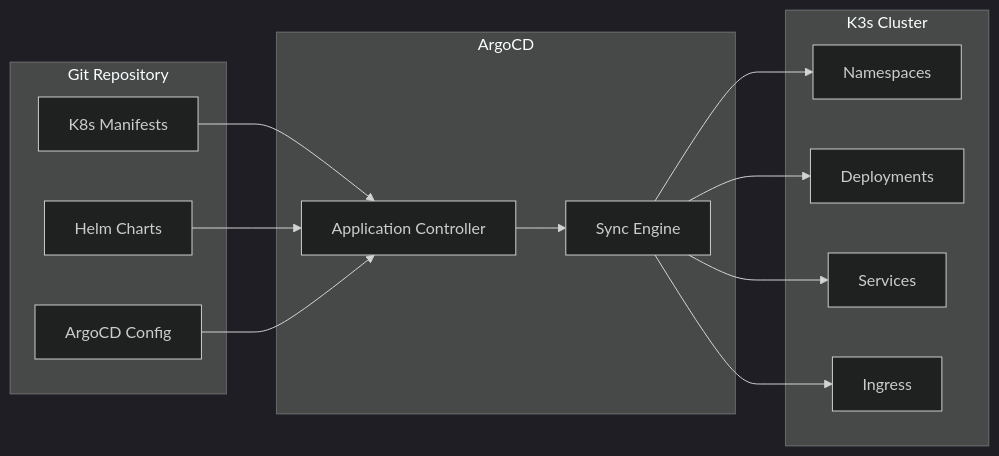
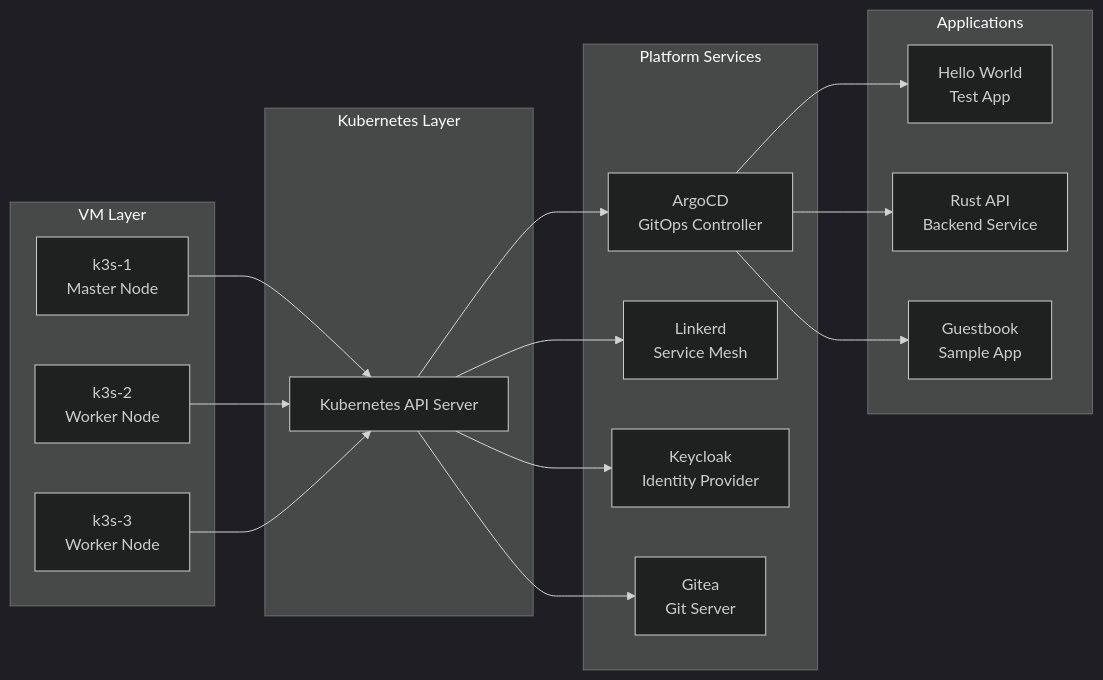
Before and after one commit to Celine-Coralie-Eni/k3s-lab: the second of 6 diagrams in docs/architecture.md, drawn with Mermaid (dark theme). The commit also changed other lines of this file and 6 other files, not shown here.

````diff
--- a/docs/architecture.md
+++ b/docs/architecture.md
@@ -102,29 +34,27 @@
 ```mermaid
 graph LR
-    subgraph "Git Repository"
-        MANIFESTS[K8s Manifests]
-        HELM[Helm Charts]
-        ARGO[ArgoCD Config]
+    subgraph "VM Layer"
+        VM1[k3s-1<br/>Master Node]
+        VM2[k3s-2<br/>Worker Node]
+        VM3[k3s-3<br/>Worker Node]
     end
     
-    subgraph "ArgoCD"
-        APP[Application Controller]
-        SYNC[Sync Engine]
+    subgraph "Kubernetes Layer"
+        VM1 --> K8S[Kubernetes API Server]
+        VM2 --> K8S
+        VM3 --> K8S
     end
     
-    subgraph "K3s Cluster"
-        NS[Namespaces]
-        DEP[Deployments]
-        SVC[Services]
-        ING[Ingress]
+    subgraph "Platform Services"
+        K8S --> ARGO[ArgoCD<br/>GitOps Controller]
+        K8S --> LINKERD[Linkerd<br/>Service Mesh]
+        K8S --> KEYCLOAK[Keycloak<br/>Identity Provider]
+        K8S --> GITEA[Gitea<br/>Git Server]
     end
     
-    MANIFESTS --> APP
-    HELM --> APP
-    ARGO --> APP
-    APP --> SYNC
-    SYNC --> NS
-    SYNC --> DEP
-    SYNC --> SVC
-    SYNC --> ING
+    subgraph "Applications"
+        ARGO --> APP1[Hello World<br/>Test App]
+        ARGO --> APP2[Rust API<br/>Backend Service]
+        ARGO --> APP3[Guestbook<br/>Sample App]
+    end
 ```
````
